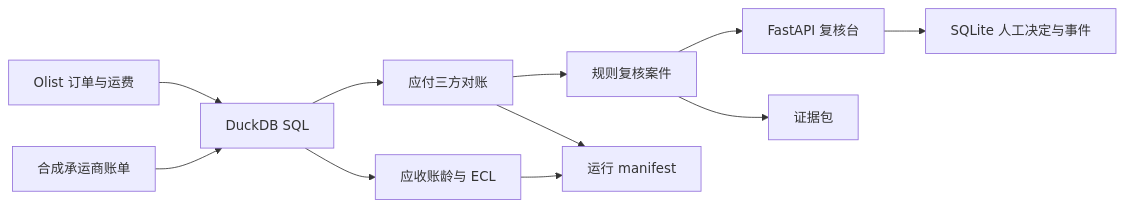
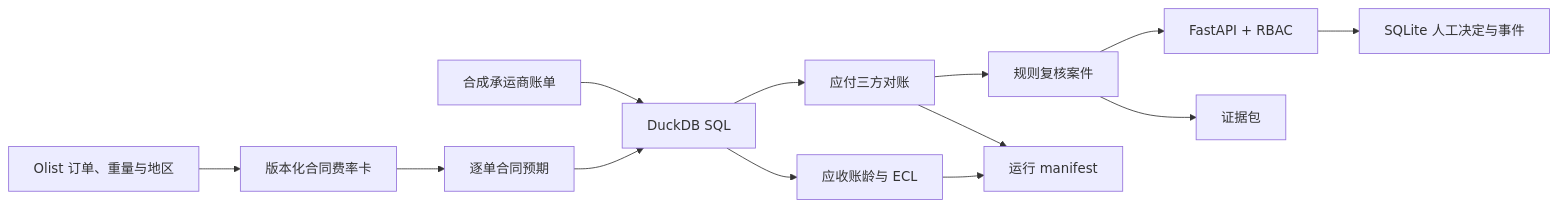
The diagram in README.md (Martin-cell-blip/logistics-settlement-recon), drawn with Mermaid before and after one commit. The commit also changed other lines of this file and 17 other files, not shown here.

````diff
--- a/README.md
+++ b/README.md
@@ -46,13 +49,15 @@
 ```mermaid
 flowchart LR
-    A["Olist 订单与运费"] --> B["DuckDB SQL"]
-    C["合成承运商账单"] --> B
-    B --> D["应付三方对账"]
-    B --> E["应收账龄与 ECL"]
-    D --> F["规则复核案件"]
-    F --> G["FastAPI 复核台"]
-    G --> H["SQLite 人工决定与事件"]
-    F --> I["证据包"]
-    D --> J["运行 manifest"]
-    E --> J
+    A["Olist 订单、重量与地区"] --> C["版本化合同费率卡"]
+    C --> B["逐单合同预期"]
+    D["合成承运商账单"] --> E["DuckDB SQL"]
+    B --> E
+    E --> F["应付三方对账"]
+    E --> G["应收账龄与 ECL"]
+    F --> H["规则复核案件"]
+    H --> I["FastAPI + RBAC"]
+    I --> J["SQLite 人工决定与事件"]
+    H --> K["证据包"]
+    F --> L["运行 manifest"]
+    G --> L
 ```
````
